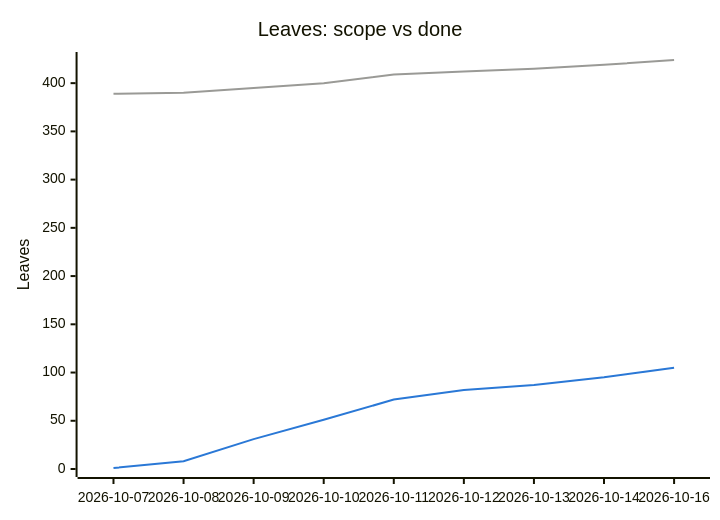
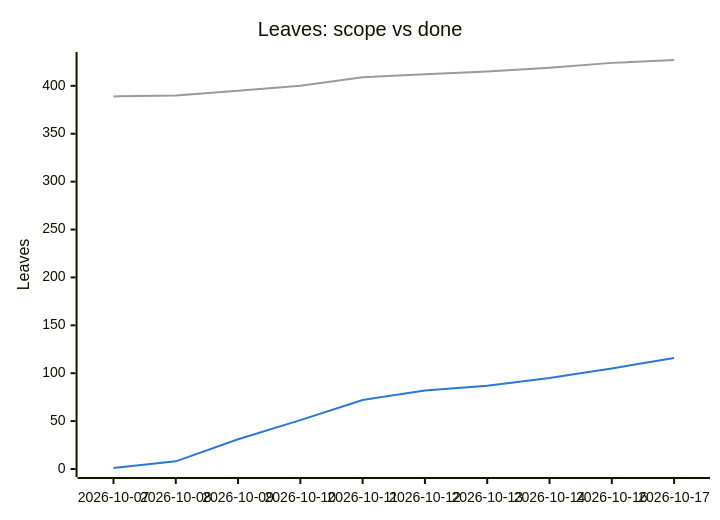
The second of 2 diagrams in PROGRESS.md (tomiok/persiaDB), drawn with Mermaid before and after one commit. The commit also changed other lines of this file and 2 other files, not shown here.

Commit message:
chore(roadmap): tick 2.3.9, 2.4.5.3, 2.4.8, 2.4.10-2.4.16; defer 2.4.6 to M6; add 2.4.17-2.4.19

````diff
--- a/PROGRESS.md
+++ b/PROGRESS.md
@@ -115,14 +105,14 @@
 ```mermaid
 ---
 config:
   themeVariables:
     xyChart:
       plotColorPalette: "#9a9a96, #2a78d6"
 ---
 xychart-beta
   title "Leaves: scope vs done"
-  x-axis ["2026-10-07", "2026-10-08", "2026-10-09", "2026-10-10", "2026-10-11", "2026-10-12", "2026-10-13", "2026-10-14", "2026-10-16"]
-  y-axis "Leaves" 0 --> 424
-  line [389, 390, 395, 400, 409, 412, 415, 419, 424]
-  line [1, 8, 31, 51, 72, 82, 87, 95, 105]
+  x-axis ["2026-10-07", "2026-10-08", "2026-10-09", "2026-10-10", "2026-10-11", "2026-10-12", "2026-10-13", "2026-10-14", "2026-10-16", "2026-10-17"]
+  y-axis "Leaves" 0 --> 427
+  line [389, 390, 395, 400, 409, 412, 415, 419, 424, 427]
+  line [1, 8, 31, 51, 72, 82, 87, 95, 105, 116]
 ```
````
